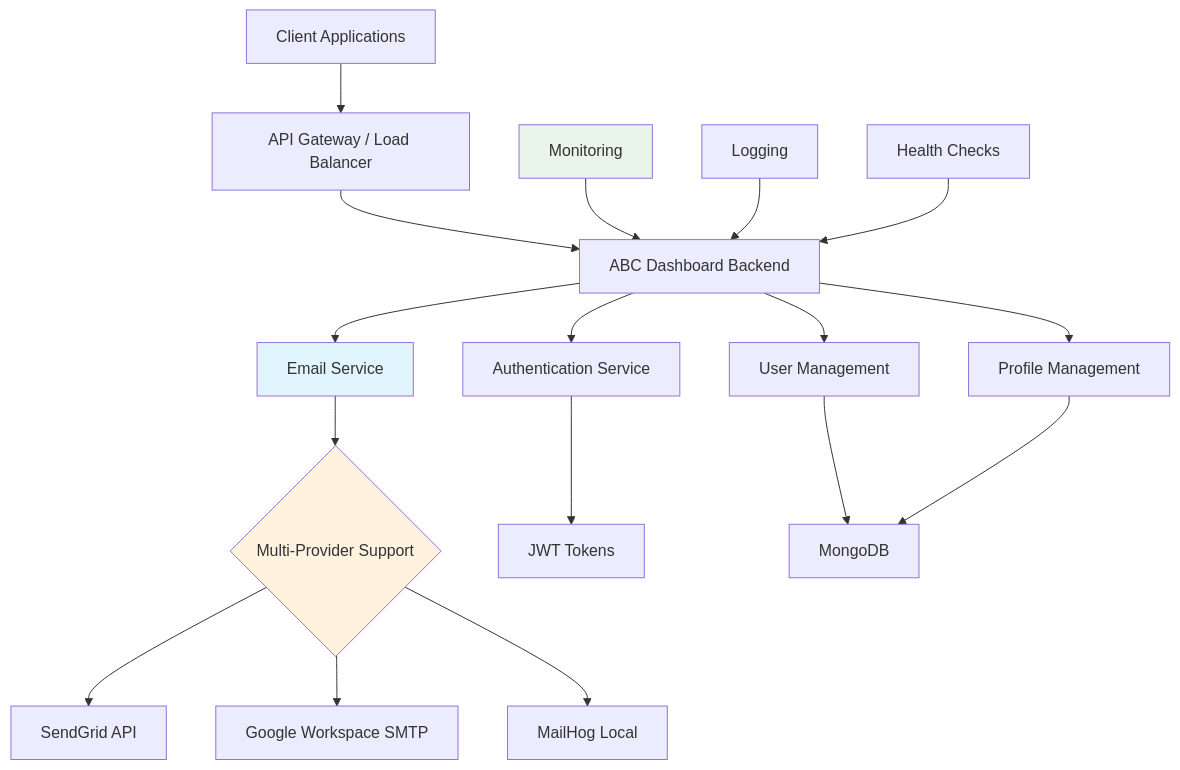
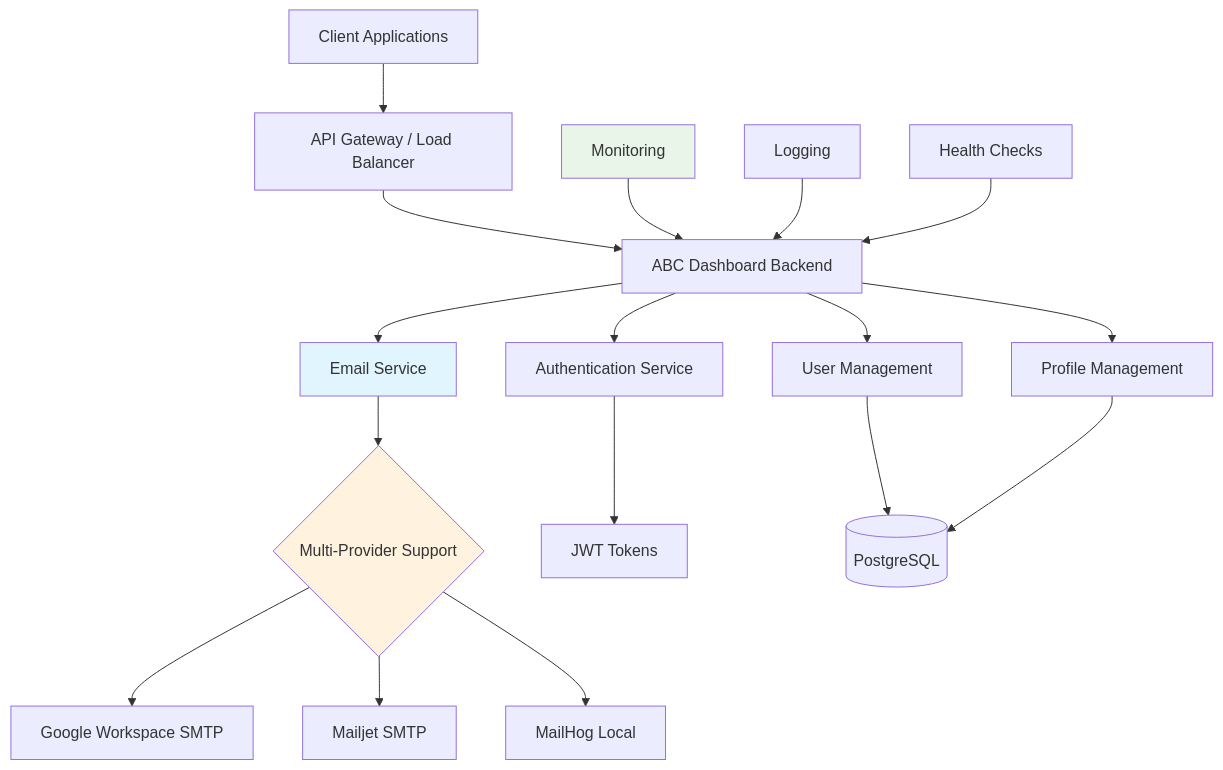
Before and after one commit to josephnguyen-macusaone/abc-dashboard: the first of 2 diagrams in backend/docs/getting-started/README.md, drawn with Mermaid. The commit also changed other lines of this file and 141 other files, not shown here.

````diff
--- a/backend/docs/getting-started/README.md
+++ b/backend/docs/getting-started/README.md
@@ -64,27 +71,27 @@
 ```mermaid
 graph TB
     A[Client Applications] --> B[API Gateway / Load Balancer]
     B --> C[ABC Dashboard Backend]
 
     C --> D[Authentication Service]
     C --> E[User Management]
     C --> F[Email Service]
     C --> G[Profile Management]
 
     F --> H{Multi-Provider Support}
-    H --> I[SendGrid API]
-    H --> J[Google Workspace SMTP]
+    H --> I[Google Workspace SMTP]
+    H --> J[Mailjet SMTP]
     H --> K[MailHog Local]
 
     D --> L[JWT Tokens]
-    E --> M[MongoDB]
+    E --> M[(PostgreSQL)]
     G --> M
 
     N[Monitoring] --> C
     O[Logging] --> C
     P[Health Checks] --> C
 
     style F fill:#e1f5fe
     style H fill:#fff3e0
     style N fill:#e8f5e8
 ```
````
